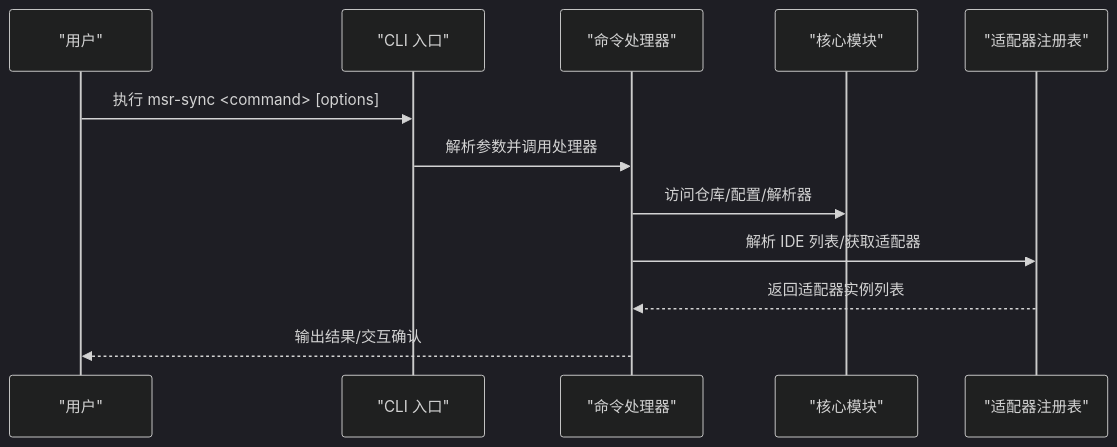
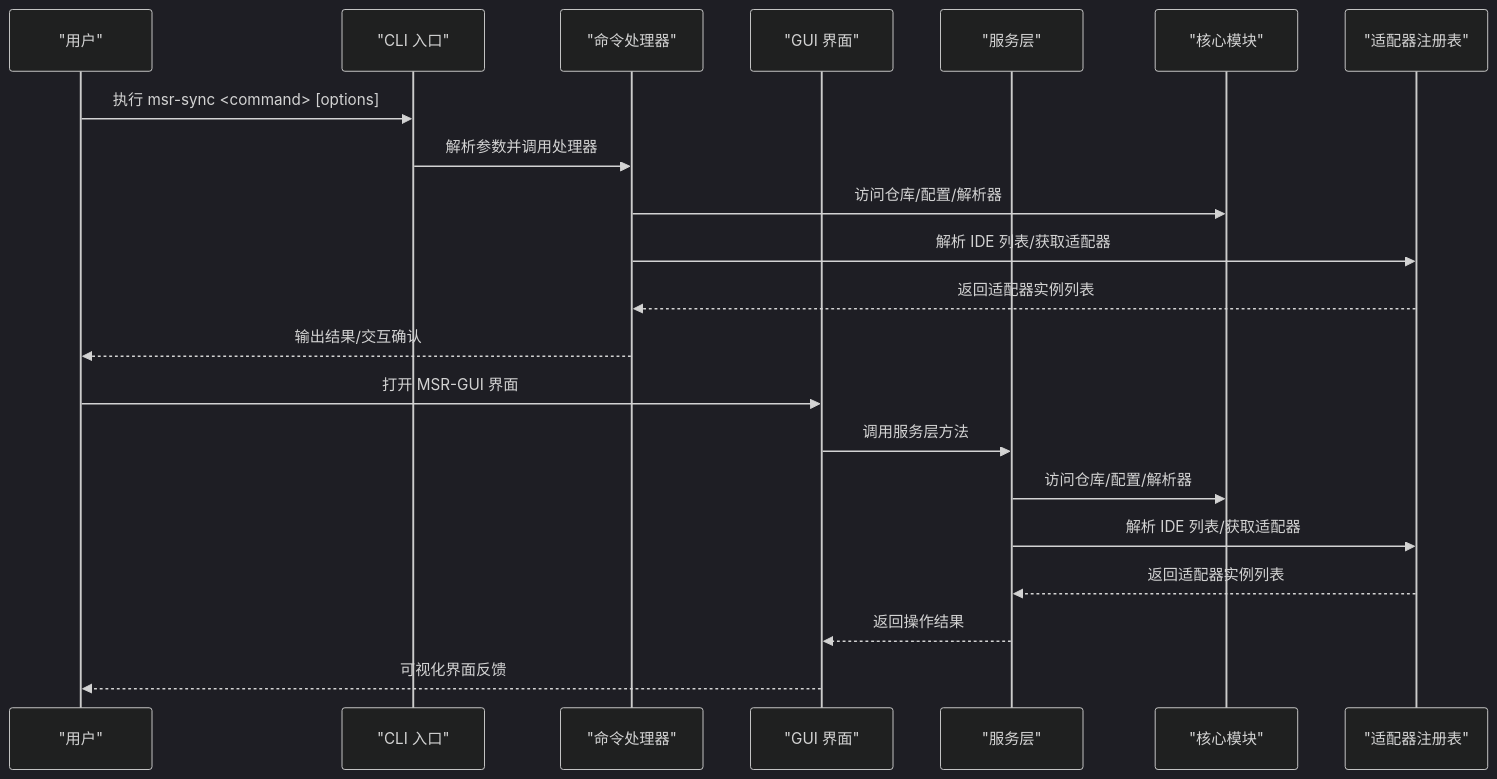
Before and after one commit to MapleWan/MSR: the second of 3 diagrams in .qoder/repowiki/zh/content/命令参考手册/命令参考手册.md, drawn with Mermaid (dark theme). The commit also changed other lines of this file and 13 other files, not shown here.

First line of the commit message:
feat(gui): 集成 MSR GUI 管理界面及服务层封装

````diff
--- a/.qoder/repowiki/zh/content/命令参考手册/命令参考手册.md
+++ b/.qoder/repowiki/zh/content/命令参考手册/命令参考手册.md
@@ -99,14 +132,23 @@
 ```mermaid
 sequenceDiagram
 participant U as "用户"
 participant CLI as "CLI 入口"
 participant CMD as "命令处理器"
+participant GUI as "GUI 界面"
+participant SERVICE as "服务层"
 participant CORE as "核心模块"
 participant ADP as "适配器注册表"
 U->>CLI : 执行 msr-sync <command> [options]
 CLI->>CMD : 解析参数并调用处理器
 CMD->>CORE : 访问仓库/配置/解析器
 CMD->>ADP : 解析 IDE 列表/获取适配器
 ADP-->>CMD : 返回适配器实例列表
 CMD-->>U : 输出结果/交互确认
+U->>GUI : 打开 MSR-GUI 界面
+GUI->>SERVICE : 调用服务层方法
+SERVICE->>CORE : 访问仓库/配置/解析器
+SERVICE->>ADP : 解析 IDE 列表/获取适配器
+ADP-->>SERVICE : 返回适配器实例列表
+SERVICE-->>GUI : 返回操作结果
+GUI-->>U : 可视化界面反馈
 ```
````
